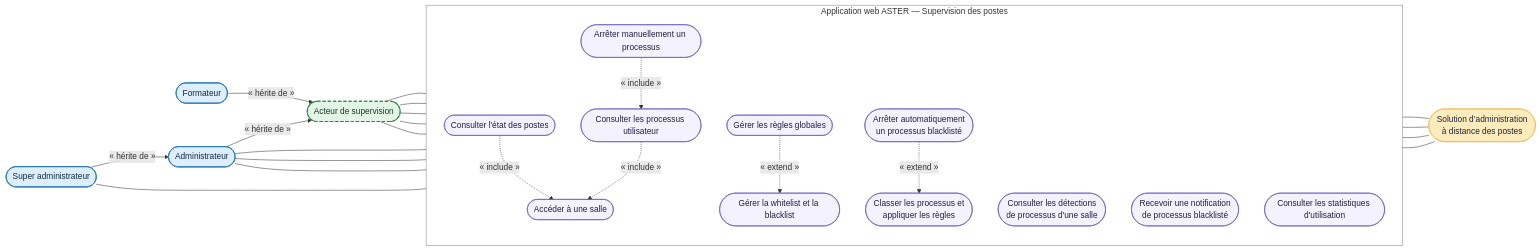
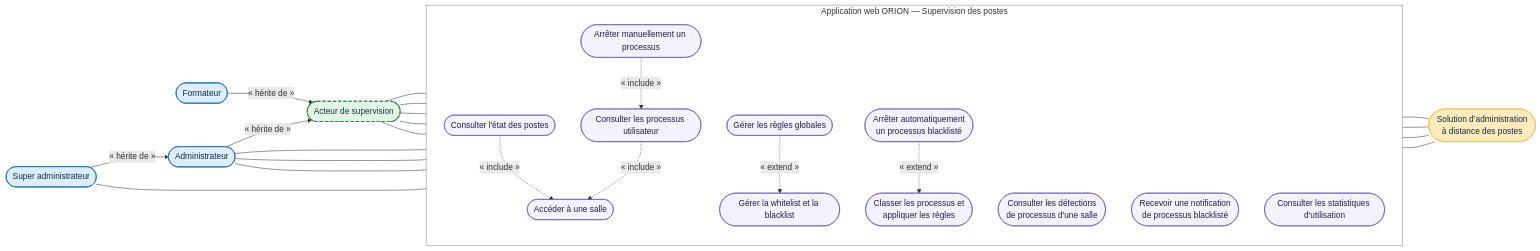
The diagram in docs/10-DCU-SUPERVISION-POSTES.md (bpierrelouis/aster), drawn with Mermaid before and after one commit. The commit also changed 126 other files, not shown here.

First line of the commit message:
refactor: renommer ASTER en ORION dans tout le dépôt

````diff
--- a/docs/10-DCU-SUPERVISION-POSTES.md
+++ b/docs/10-DCU-SUPERVISION-POSTES.md
@@ -3,60 +3,60 @@
 ```mermaid
 flowchart LR
     acteurSupervision(["Acteur de supervision"])
     formateur(["Formateur"])
     administrateur(["Administrateur"])
     superAdministrateur(["Super administrateur"])
 
     formateur -->|« hérite de »| acteurSupervision
     administrateur -->|« hérite de »| acteurSupervision
     superAdministrateur -->|« hérite de »| administrateur
 
-    subgraph aster["Application web ASTER — Supervision des postes"]
+    subgraph orion["Application web ORION — Supervision des postes"]
         direction TB
         accederSalle(["Accéder à une salle"])
         consulterEtat(["Consulter l'état des postes"])
         consulterProcessus(["Consulter les processus utilisateur"])
         arreterProcessus(["Arrêter manuellement un processus"])
         gererListes(["Gérer la whitelist et la blacklist"])
         gererReglesGlobales(["Gérer les règles globales"])
         appliquerRegles(["Classer les processus et<br/>appliquer les règles"])
         arreterInterdit(["Arrêter automatiquement<br/>un processus blacklisté"])
         consulterAlertes(["Consulter les détections<br/>de processus d'une salle"])
         recevoirAlerte(["Recevoir une notification<br/>de processus blacklisté"])
         consulterStatistiques(["Consulter les statistiques d'utilisation"])
     end
 
     administrationDistante(["Solution d’administration<br/>à distance des postes"])
 
     acteurSupervision --- accederSalle
     acteurSupervision --- consulterEtat
     acteurSupervision --- consulterProcessus
     acteurSupervision --- arreterProcessus
     acteurSupervision --- consulterAlertes
     administrateur --- gererListes
     administrateur --- consulterStatistiques
     administrateur --- recevoirAlerte
     superAdministrateur --- gererReglesGlobales
 
     consulterEtat -.->|« include »| accederSalle
     consulterProcessus -.->|« include »| accederSalle
     arreterProcessus -.->|« include »| consulterProcessus
     gererReglesGlobales -.->|« extend »| gererListes
     arreterInterdit -.->|« extend »| appliquerRegles
 
     consulterEtat --- administrationDistante
     consulterProcessus --- administrationDistante
     arreterProcessus --- administrationDistante
     appliquerRegles --- administrationDistante
 
     classDef acteurReel fill:#DCEEFF,stroke:#2878B5,color:#102A43,stroke-width:1.5px
     classDef acteurAbstrait fill:#E3F5E6,stroke:#35864A,color:#173B22,stroke-width:2px,stroke-dasharray:6 4
     classDef acteurSecondaire fill:#FFECBD,stroke:#E8B84E,color:#17243B
     classDef casUtilisation fill:#F5F2FF,stroke:#6954C0,color:#241C45
     class formateur,administrateur,superAdministrateur acteurReel
     class acteurSupervision acteurAbstrait
     class administrationDistante acteurSecondaire
     class accederSalle,consulterEtat,consulterProcessus,arreterProcessus,gererListes,gererReglesGlobales,appliquerRegles,arreterInterdit,consulterAlertes,recevoirAlerte,consulterStatistiques casUtilisation
 
-    style aster fill:none,stroke:#7D8793,stroke-width:1px
+    style orion fill:none,stroke:#7D8793,stroke-width:1px
 ```
````
